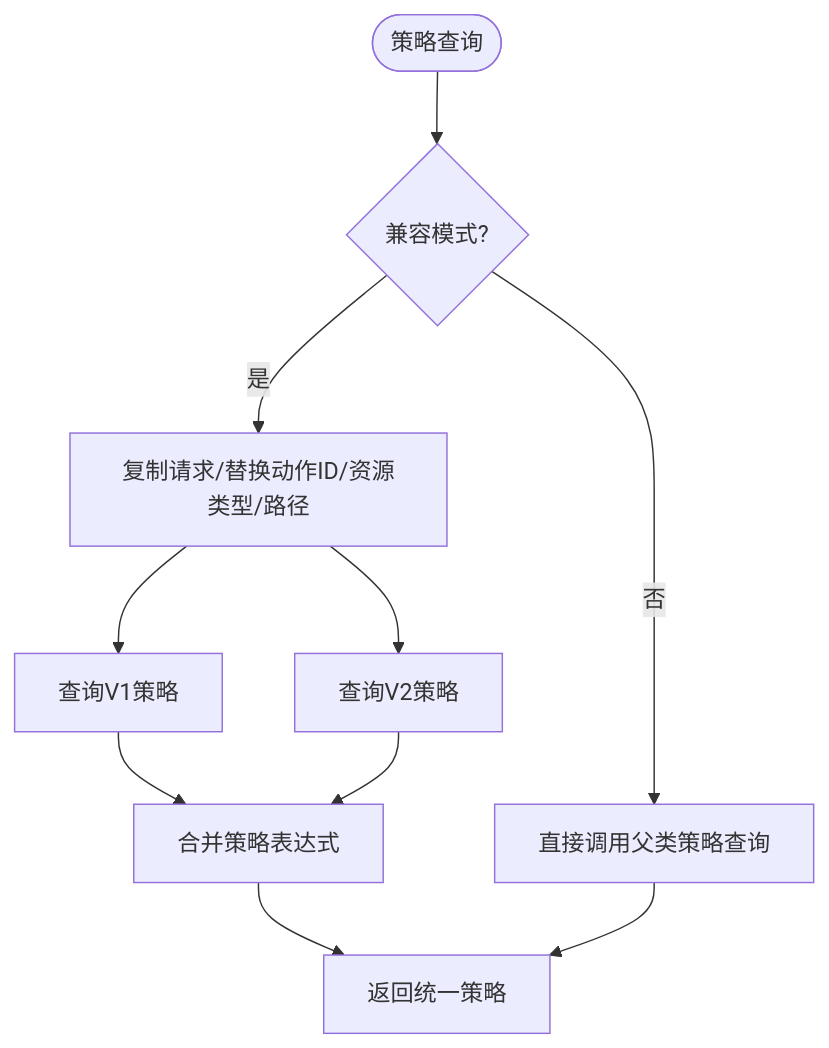
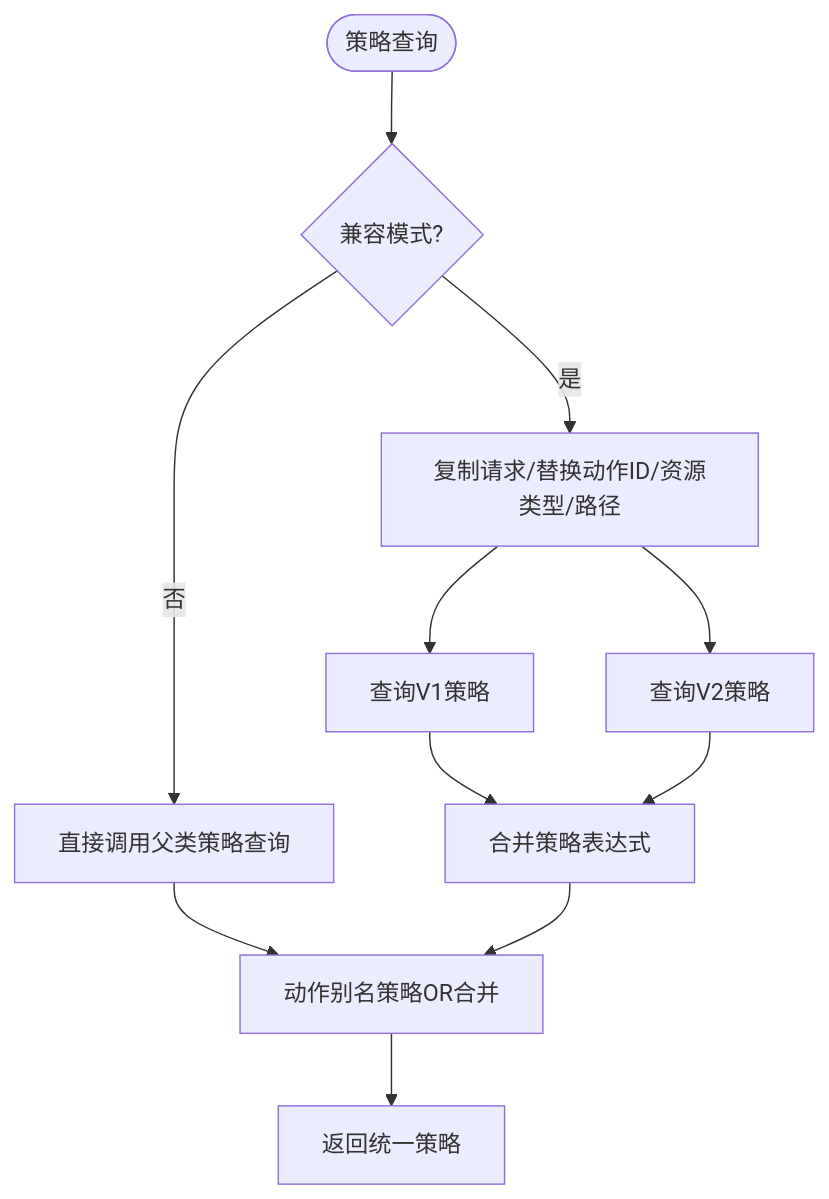
One commit to HACK-WU/bk-monitor-wiki changed the seventh of 10 diagrams in wiki/用户界面设计/权限控制系统.md. Above: the diagram before and after it, drawn with Mermaid. The commit also changed other lines of this file and 3 other files, not shown here.

````diff
--- a/wiki/用户界面设计/权限控制系统.md
+++ b/wiki/用户界面设计/权限控制系统.md
@@ -286,12 +287,13 @@
 ```mermaid
 flowchart TD
 Start(["策略查询"]) --> Mode{"兼容模式?"}
 Mode --> |否| Direct["直接调用父类策略查询"]
+Direct --> AliasMerge["动作别名策略OR合并"]
 Mode --> |是| Patch["复制请求/替换动作ID/资源类型/路径"]
 Patch --> QueryV1["查询V1策略"]
 Patch --> QueryV2["查询V2策略"]
 QueryV1 --> Merge["合并策略表达式"]
 QueryV2 --> Merge
-Merge --> Return["返回统一策略"]
-Direct --> Return
+Merge --> AliasMerge
+AliasMerge --> Return["返回统一策略"]
 ```
````
